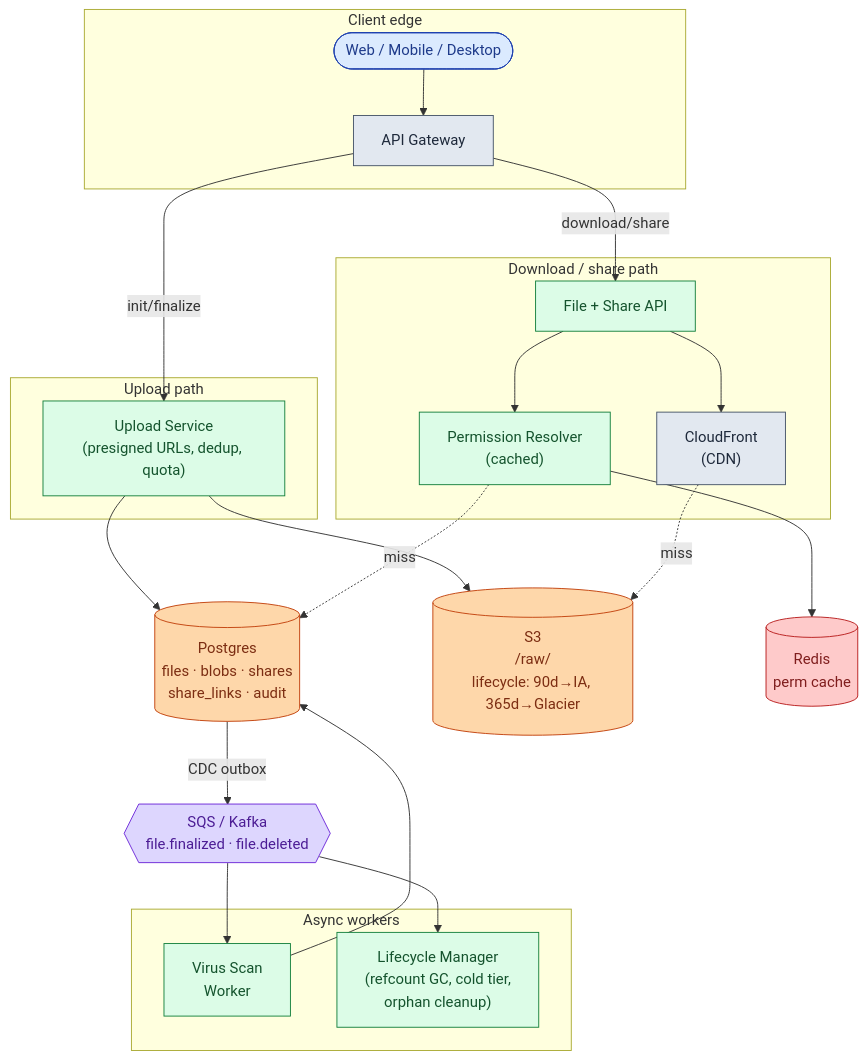
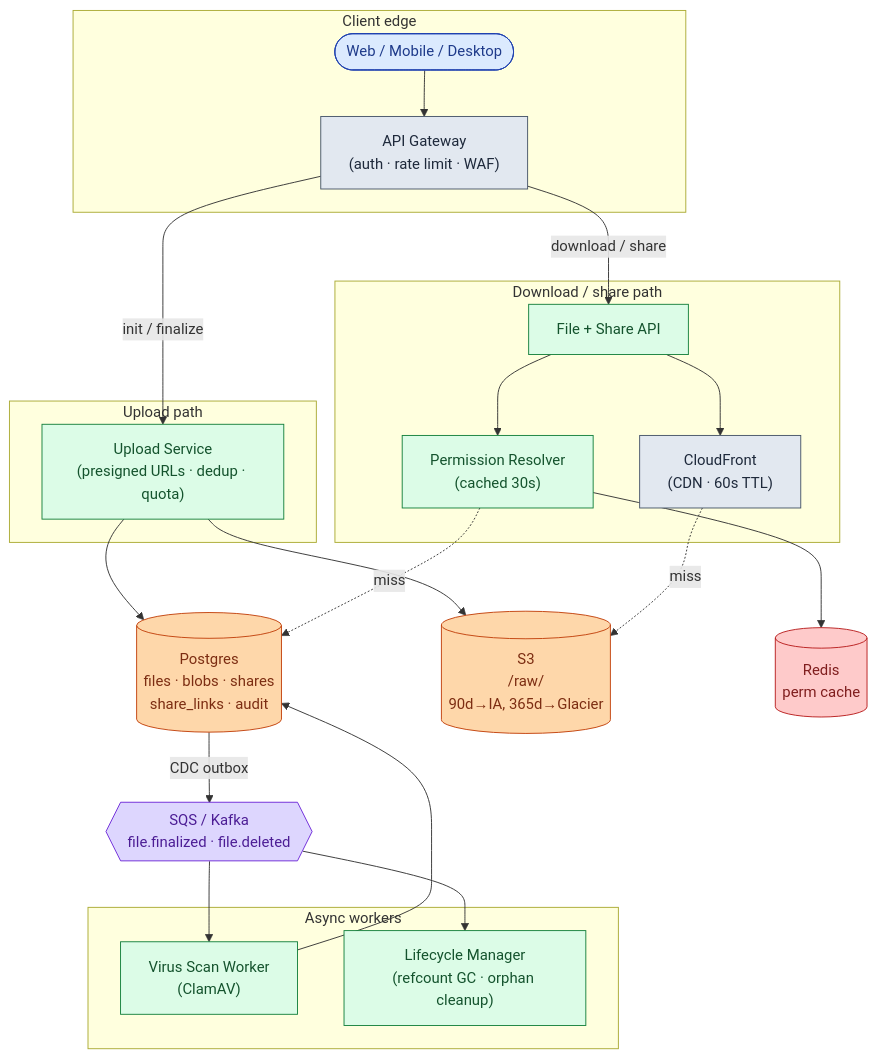
One commit to shiningflash/system-design changed diagram 12 of 14 in problems/020-file-upload-share/question.md. Above: the diagram before and after it, drawn with Mermaid. The commit also changed other lines of this file and 37 other files, not shown here.

````diff
--- a/problems/020-file-upload-share/question.md
+++ b/problems/020-file-upload-share/question.md
@@ -389,50 +475,50 @@
 ```mermaid
 flowchart TB
     subgraph Edge["Client edge"]
         C([Web / Mobile / Desktop]):::user
-        GW["API Gateway"]:::edge
+        GW["API Gateway<br/>(auth · rate limit · WAF)"]:::edge
     end
 
     subgraph WritePath["Upload path"]
-        US["Upload Service<br/>(presigned URLs, dedup, quota)"]:::app
+        US["Upload Service<br/>(presigned URLs · dedup · quota)"]:::app
     end
 
     subgraph ReadPath["Download / share path"]
         FA["File + Share API"]:::app
-        PR["Permission Resolver<br/>(cached)"]:::app
-        CF["CloudFront<br/>(CDN)"]:::edge
+        PR["Permission Resolver<br/>(cached 30s)"]:::app
+        CF["CloudFront<br/>(CDN · 60s TTL)"]:::edge
     end
 
     DB[("Postgres<br/>files · blobs · shares<br/>share_links · audit")]:::db
-    S3[("S3<br/>/raw/<hash><br/>lifecycle: 90d→IA, 365d→Glacier")]:::db
+    S3[("S3<br/>/raw/<hash><br/>90d→IA, 365d→Glacier")]:::db
     Cache[("Redis<br/>perm cache")]:::cache
 
     Q{{"SQS / Kafka<br/>file.finalized · file.deleted"}}:::queue
 
     subgraph Async["Async workers"]
-        VS["Virus Scan<br/>Worker"]:::app
-        LM["Lifecycle Manager<br/>(refcount GC, cold tier,<br/>orphan cleanup)"]:::app
+        VS["Virus Scan Worker<br/>(ClamAV)"]:::app
+        LM["Lifecycle Manager<br/>(refcount GC · orphan cleanup)"]:::app
     end
 
     C --> GW
-    GW -->|init/finalize| US
-    GW -->|download/share| FA
+    GW -->|init / finalize| US
+    GW -->|download / share| FA
     US --> DB
     US --> S3
     FA --> PR
     PR --> Cache
     PR -.miss.-> DB
     FA --> CF
     CF -.miss.-> S3
     DB -->|CDC outbox| Q
     Q --> VS
     Q --> LM
     VS --> DB
 
     classDef user  fill:#dbeafe,stroke:#1e40af,color:#1e3a8a
     classDef edge  fill:#e2e8f0,stroke:#475569,color:#1e293b
     classDef app   fill:#dcfce7,stroke:#15803d,color:#14532d
     classDef db    fill:#fed7aa,stroke:#c2410c,color:#7c2d12
     classDef cache fill:#fecaca,stroke:#b91c1c,color:#7f1d1d
     classDef queue fill:#ddd6fe,stroke:#6d28d9,color:#4c1d95
 ```
````
